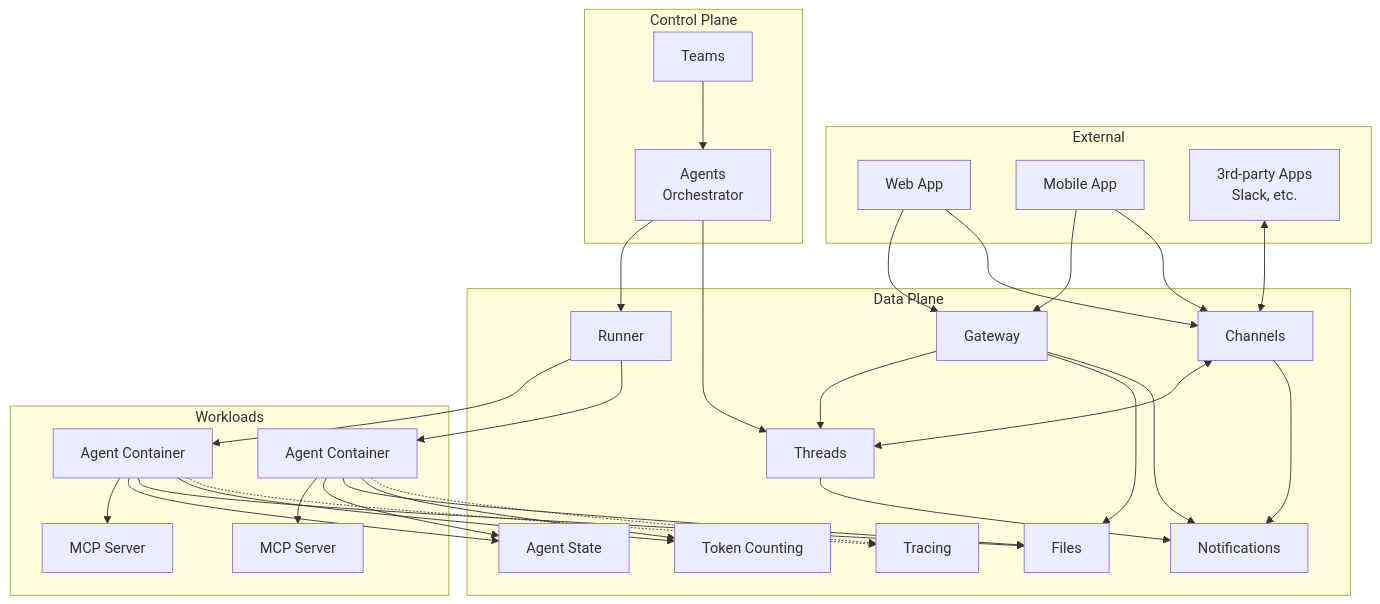
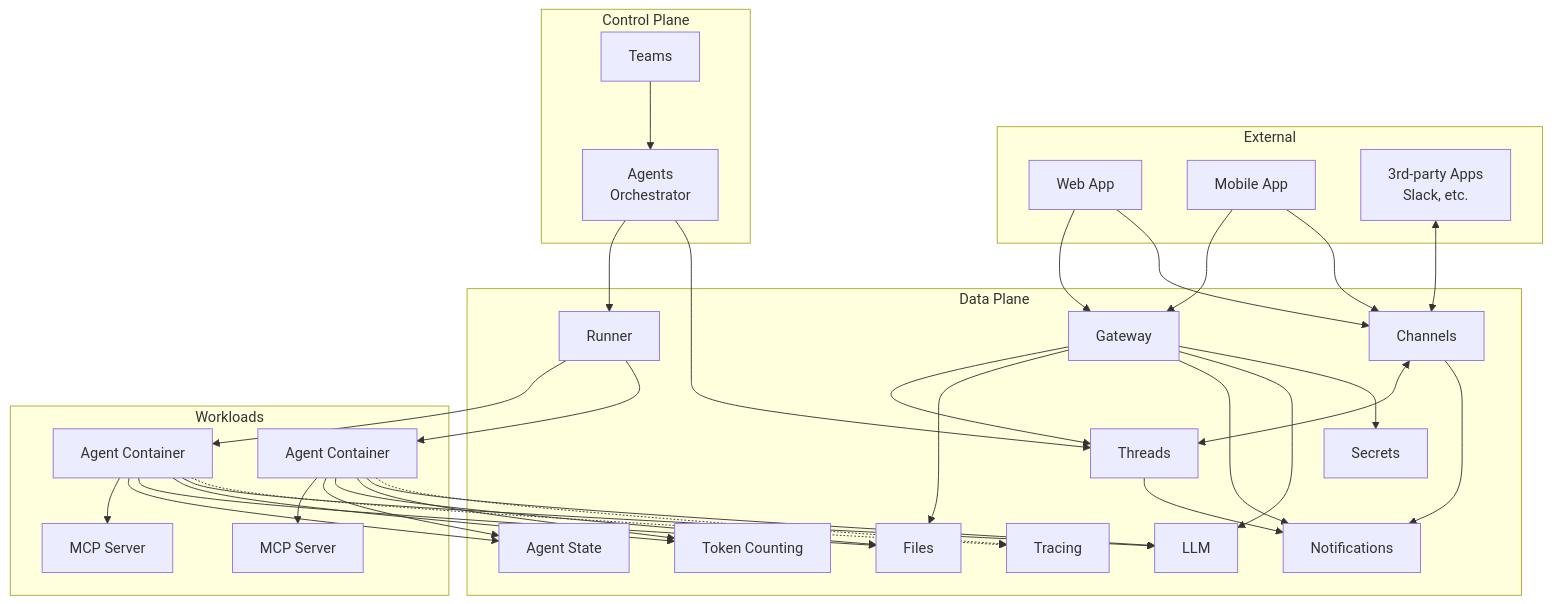
The diagram in architecture/system-overview.md (agynio/architecture), drawn with Mermaid before and after one commit. The commit also changed other lines of this file and 4 other files, not shown here.

First line of the commit message:
Add LLM and Secrets service architecture

````diff
--- a/architecture/system-overview.md
+++ b/architecture/system-overview.md
@@ -7,56 +7,61 @@
 ```mermaid
 graph TB
     subgraph External
         WebApp[Web App]
         MobileApp[Mobile App]
         ThirdParty[3rd-party Apps<br/>Slack, etc.]
     end
 
     subgraph Control Plane
         Teams[Teams]
         AgentsOrch[Agents<br/>Orchestrator]
     end
 
     subgraph Data Plane
         Gateway[Gateway]
         Channels[Channels]
         Threads[Threads]
         Files[Files]
         TokenCounting[Token Counting]
+        LLM[LLM]
+        Secrets[Secrets]
         Notifications[Notifications]
         Runner[Runner]
         AgentState[Agent State]
         Tracing[Tracing]
     end
 
     subgraph Workloads
         Agent1[Agent Container]
         Agent2[Agent Container]
         MCP1[MCP Server]
         MCP2[MCP Server]
     end
 
     WebApp & MobileApp --> Gateway
     ThirdParty <--> Channels
     WebApp & MobileApp --> Channels
 
     Gateway --> Threads
     Gateway --> Files
     Gateway --> Notifications
+    Gateway --> LLM
+    Gateway --> Secrets
     Channels <--> Threads
     Channels --> Notifications
 
     Threads --> Notifications
     AgentsOrch --> Runner
     AgentsOrch --> Threads
 
     Runner --> Agent1 & Agent2
     Agent1 --> MCP1
     Agent2 --> MCP2
     Agent1 & Agent2 --> AgentState
     Agent1 & Agent2 --> Files
     Agent1 & Agent2 --> TokenCounting
+    Agent1 & Agent2 --> LLM
     Agent1 & Agent2 -.-> Tracing
 
     Teams --> AgentsOrch
 ```
````
